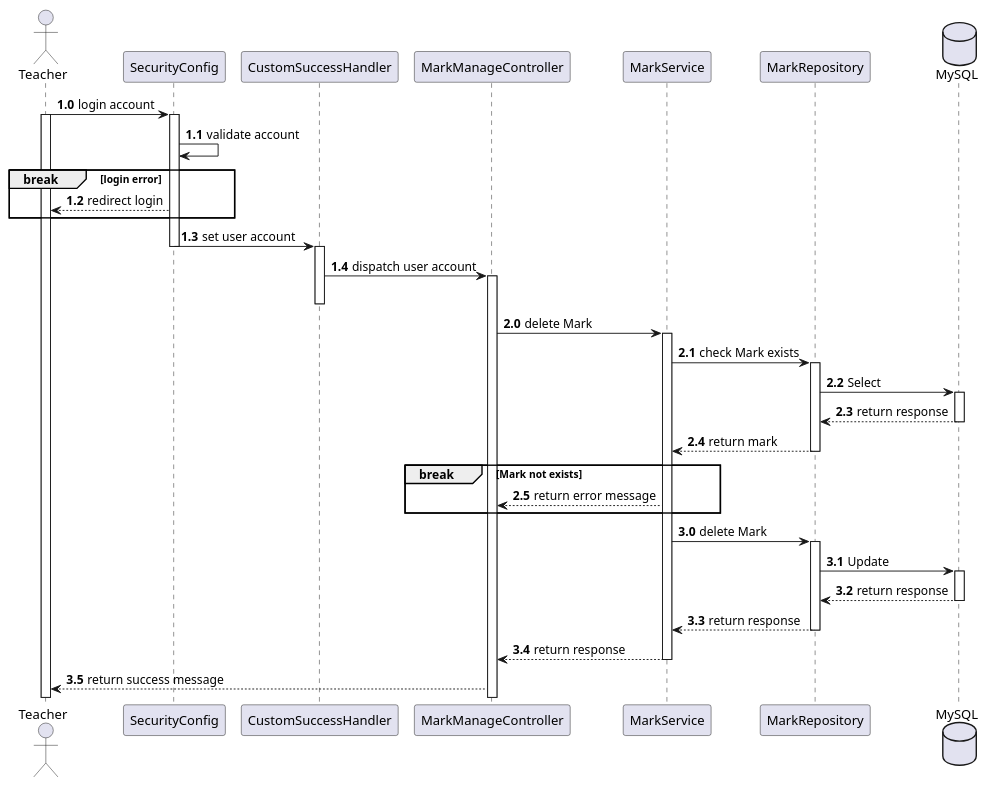
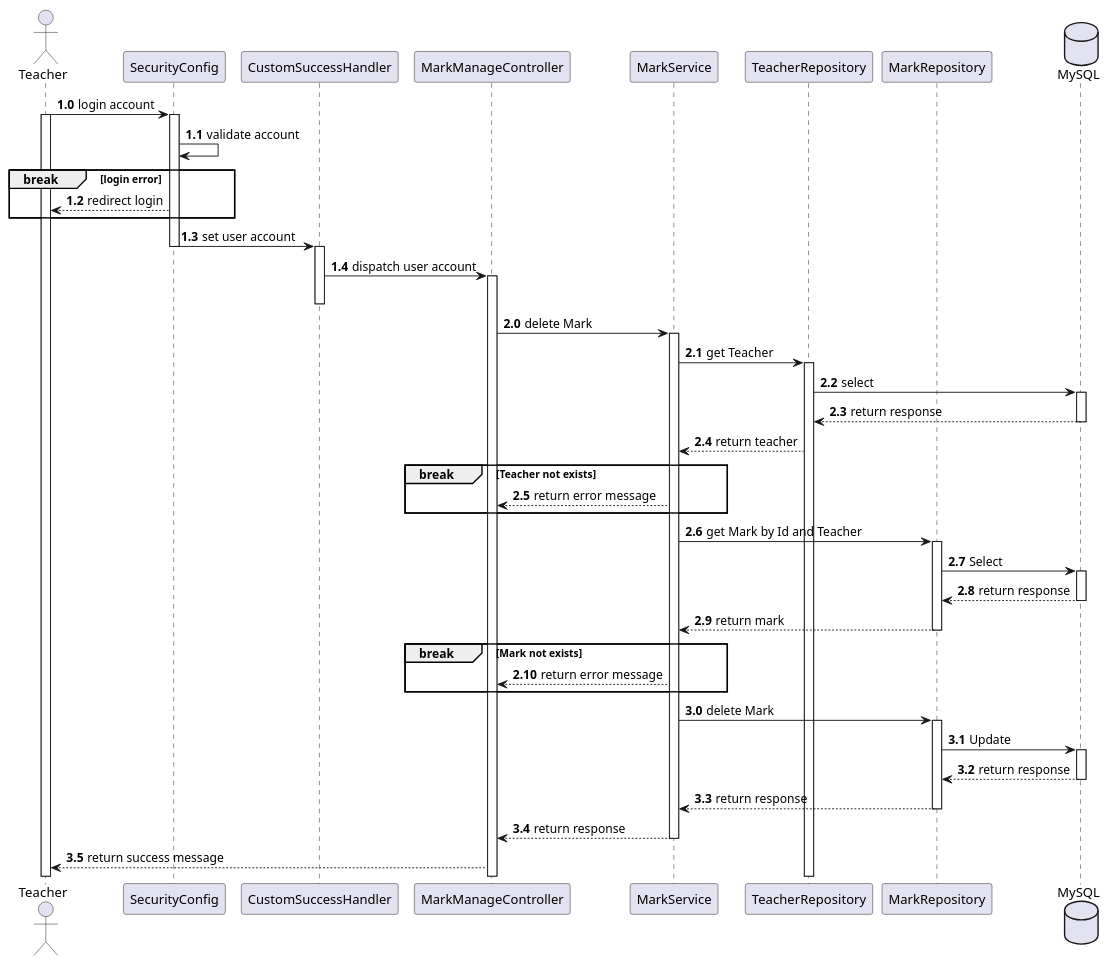
The diagram in uml/teacher/deleteMark.puml (kientthe163256/student-management-fa22), drawn with PlantUML before and after one commit. The commit also changed 11 other files, not shown here.

```diff
--- a/uml/teacher/deleteMark.puml
+++ b/uml/teacher/deleteMark.puml
@@ -1,52 +1,65 @@
 @startuml
 Actor Teacher
 participant SecurityConfig
 participant CustomSuccessHandler
 participant MarkManageController
 participant MarkService
+participant TeacherRepository
 participant MarkRepository
 database MySQL
 
 autonumber 1.0
 Teacher -> SecurityConfig: login account
 
 activate Teacher
 activate SecurityConfig
 autonumber 1.1
 SecurityConfig -> SecurityConfig: validate account
 break login error
 SecurityConfig --> Teacher: redirect login
 end
 SecurityConfig -> CustomSuccessHandler: set user account
 deactivate SecurityConfig
 activate CustomSuccessHandler
 CustomSuccessHandler -> MarkManageController: dispatch user account
 activate MarkManageController
 deactivate CustomSuccessHandler
 autonumber 2.0
 MarkManageController -> MarkService : delete Mark
 activate MarkService
-MarkService -> MarkRepository: check Mark exists
+MarkService -> TeacherRepository: get Teacher
+activate TeacherRepository
+TeacherRepository -> MySQL: select
+activate MySQL
+MySQL --> TeacherRepository: return response
+deactivate MySQL
+TeacherRepository --> MarkService: return teacher
+break Teacher not exists
+MarkService --> MarkManageController: return error message
+end
+
+
+MarkService -> MarkRepository: get Mark by Id and Teacher
 activate MarkRepository
 MarkRepository -> MySQL: Select
 activate MySQL
 MySQL --> MarkRepository: return response
 deactivate MySQL
 MarkRepository --> MarkService: return mark
 deactivate MarkRepository
 break Mark not exists
 MarkService --> MarkManageController: return error message
 end
 autonumber 3.0
 MarkService -> MarkRepository: delete Mark
 activate MarkRepository
 MarkRepository -> MySQL: Update
 activate MySQL
 MySQL --> MarkRepository: return response
 deactivate MySQL
 MarkRepository --> MarkService: return response
 deactivate MarkRepository
 MarkService --> MarkManageController: return response
 deactivate MarkService
 MarkManageController --> Teacher: return success message
 @enduml
```
